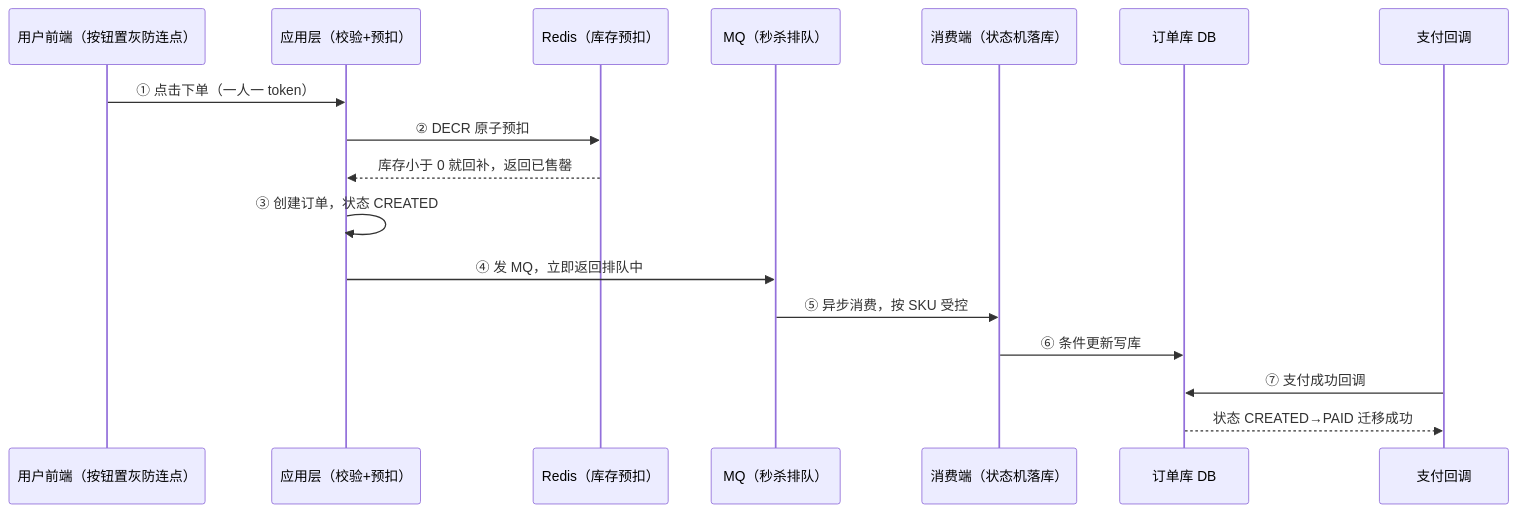
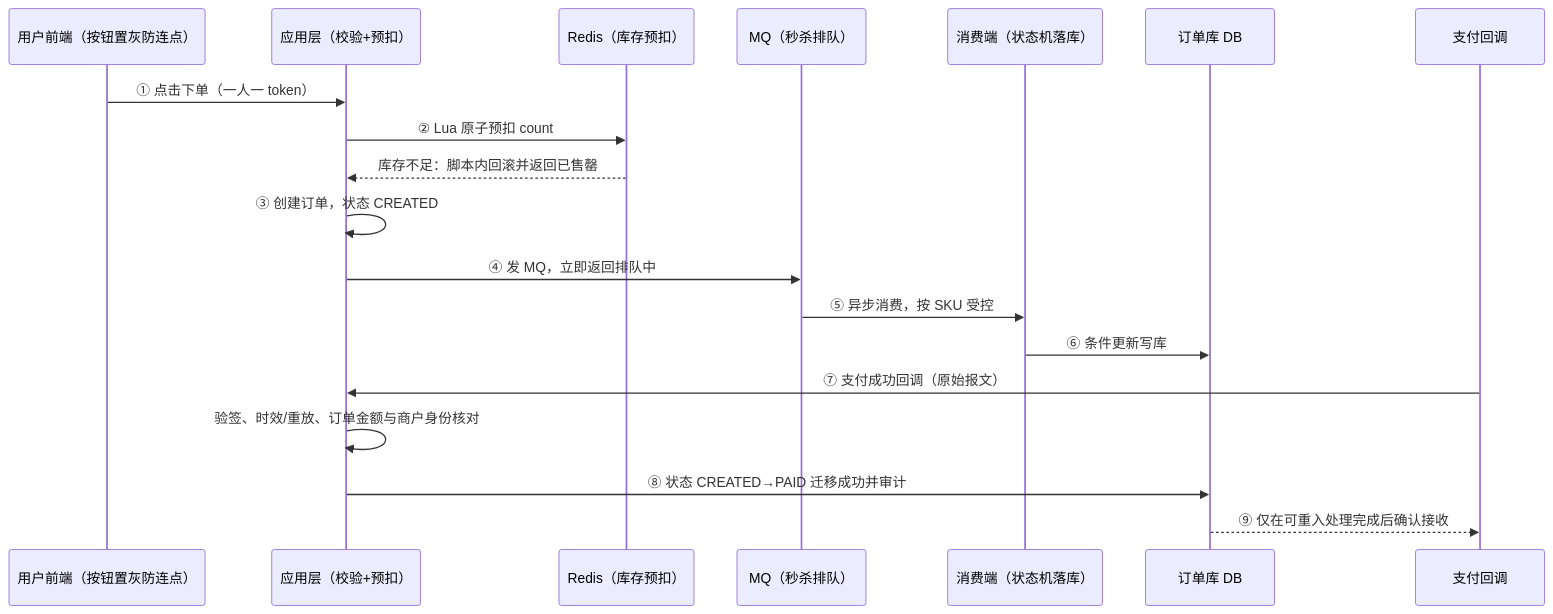
The first of 5 diagrams in docs/07-阶段七-全栈融合与项目实战/03-项目二-电商订单系统.md (CrazyForks/java-full-stack), drawn with Mermaid before and after one commit. The commit also changed other lines of this file and 58 other files, not shown here.

````diff
--- a/docs/07-阶段七-全栈融合与项目实战/03-项目二-电商订单系统.md
+++ b/docs/07-阶段七-全栈融合与项目实战/03-项目二-电商订单系统.md
@@ -91,20 +91,22 @@
 ```mermaid
 sequenceDiagram
     participant U as 用户前端（按钮置灰防连点）
     participant A as 应用层（校验+预扣）
     participant R as Redis（库存预扣）
     participant M as MQ（秒杀排队）
     participant C as 消费端（状态机落库）
     participant D as 订单库 DB
     participant P as 支付回调
 
     U->>A: ① 点击下单（一人一 token）
-    A->>R: ② DECR 原子预扣
-    R-->>A: 库存小于 0 就回补，返回已售罄
+    A->>R: ② Lua 原子预扣 count
+    R-->>A: 库存不足：脚本内回滚并返回已售罄
     A->>A: ③ 创建订单，状态 CREATED
     A->>M: ④ 发 MQ，立即返回排队中
     M->>C: ⑤ 异步消费，按 SKU 受控
     C->>D: ⑥ 条件更新写库
-    P->>D: ⑦ 支付成功回调
-    D-->>P: 状态 CREATED→PAID 迁移成功
+    P->>A: ⑦ 支付成功回调（原始报文）
+    A->>A: 验签、时效/重放、订单金额与商户身份核对
+    A->>D: ⑧ 状态 CREATED→PAID 迁移成功并审计
+    D-->>P: ⑨ 仅在可重入处理完成后确认接收
 ```
````
